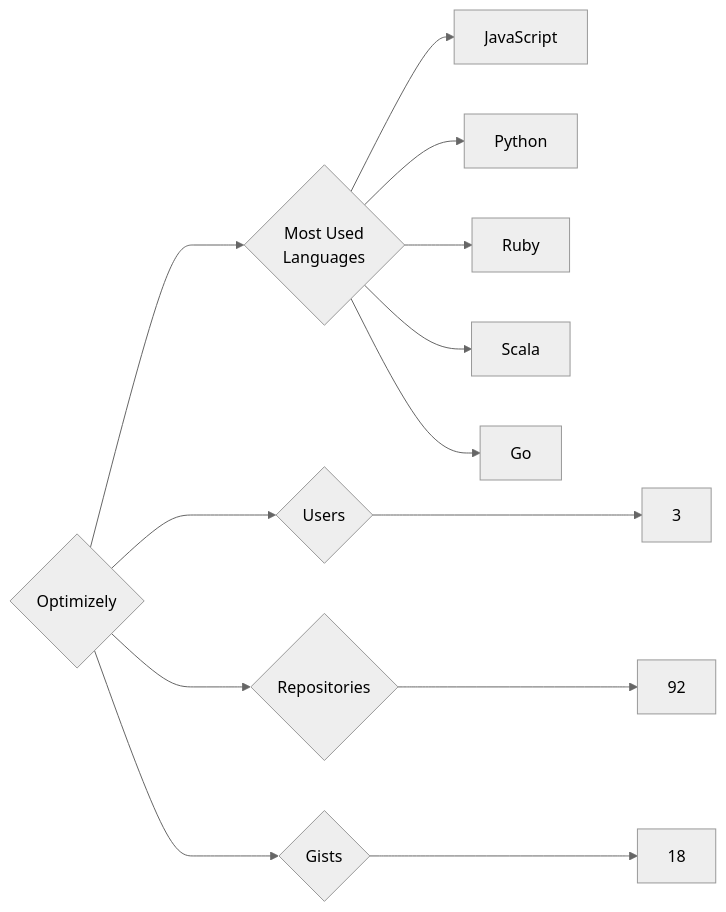
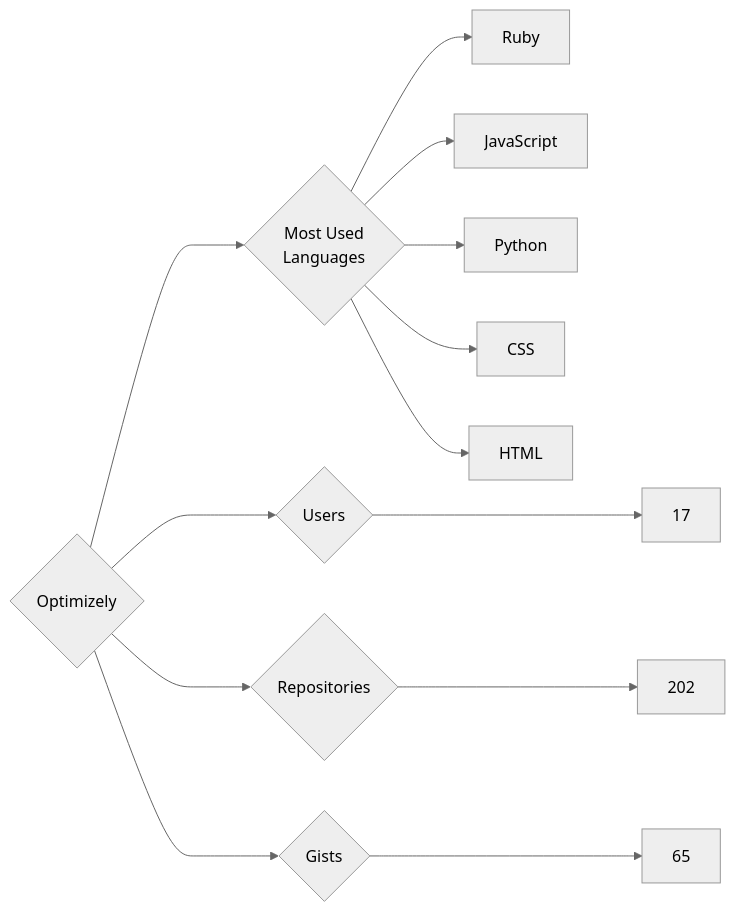
Before and after one commit to trickest/insiders: the diagram in targets/Optimizely/README.md, drawn with Mermaid (neutral theme). The commit also changed 995 other files, not shown here.

````diff
--- a/targets/Optimizely/README.md
+++ b/targets/Optimizely/README.md
@@ -3,13 +3,13 @@
 ```mermaid
 graph LR
 COMPANY_NAME{Optimizely}
-COMPANY_NAME ---> U{Users} ---> UN[3]
-COMPANY_NAME ---> R{Repositories} ---> RN[92]
-COMPANY_NAME ---> G{Gists} ---> GN[18]
+COMPANY_NAME ---> U{Users} ---> UN[17]
+COMPANY_NAME ---> R{Repositories} ---> RN[202]
+COMPANY_NAME ---> G{Gists} ---> GN[65]
 COMPANY_NAME ---> ML{Most Used<br>Languages}
+ML --> Ruby[Ruby]
 ML --> JavaScript[JavaScript]
 ML --> Python[Python]
-ML --> Ruby[Ruby]
-ML --> Scala[Scala]
-ML --> Go[Go]
+ML --> CSS[CSS]
+ML --> HTML[HTML]
 ```
````
